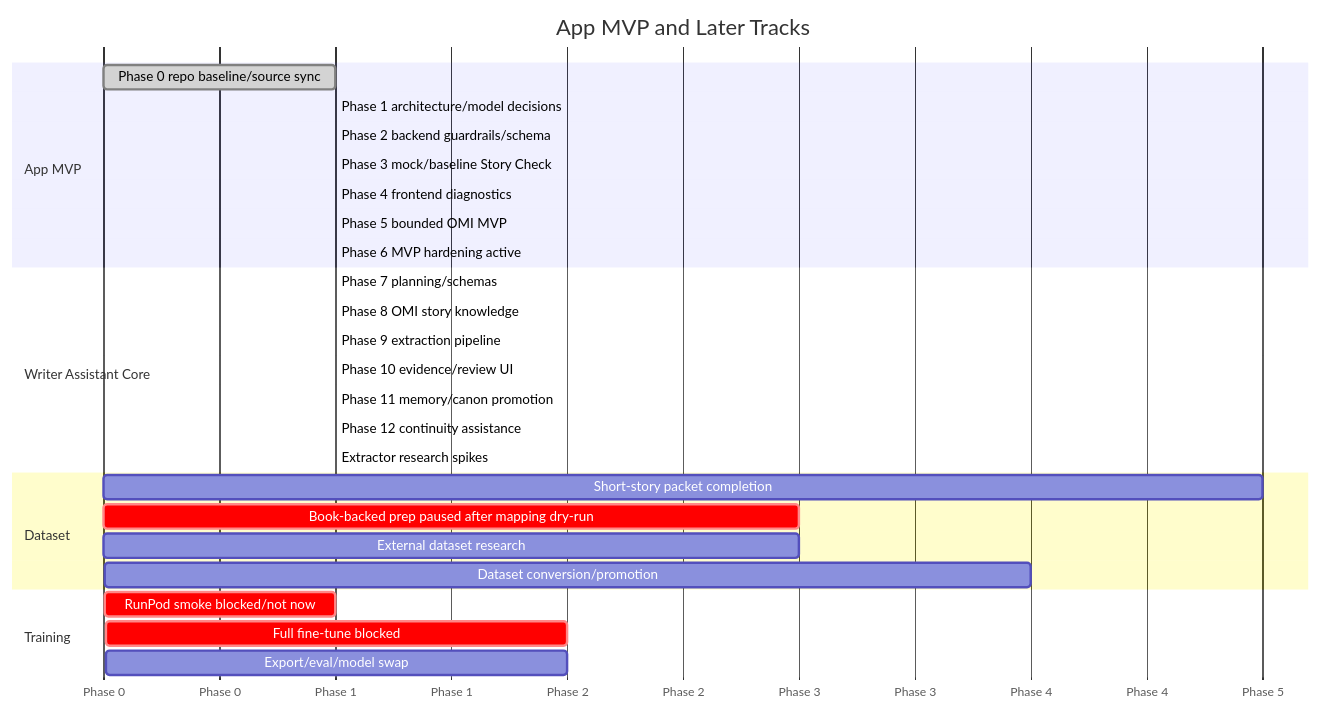
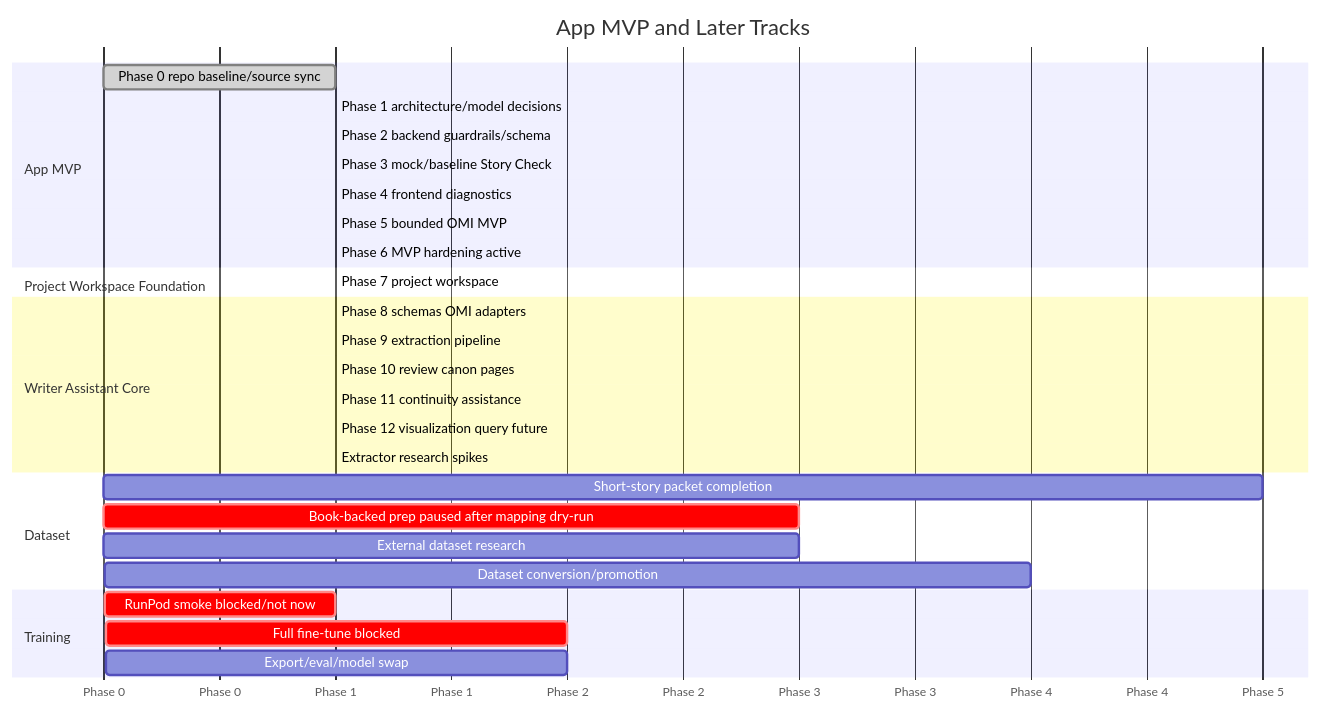
Before and after one commit to telesjr90/writingassistant: the diagram in docs/roadmap/phase_map.md, drawn with Mermaid. The commit also changed other lines of this file and 16 other files, not shown here.

Commit message:
docs: prioritize pre-dramatica project workspace foundation

````diff
--- a/docs/roadmap/phase_map.md
+++ b/docs/roadmap/phase_map.md
@@ -199,31 +227,32 @@
 ```mermaid
 gantt
     title App MVP and Later Tracks
     dateFormat  X
     axisFormat  Phase %s
     section App MVP
     Phase 0 repo baseline/source sync :done, p0, 0, 1
     Phase 1 architecture/model decisions :p1, after p0, 1
     Phase 2 backend guardrails/schema :p2, after p1, 1
     Phase 3 mock/baseline Story Check :p3, after p2, 1
     Phase 4 frontend diagnostics :p4, after p3, 1
     Phase 5 bounded OMI MVP :p5, after p4, 1
     Phase 6 MVP hardening active :active, p6, after p5, 1
+    section Project Workspace Foundation
+    Phase 7 project workspace :workspace7, after p6, 1
     section Writer Assistant Core
-    Phase 7 planning/schemas :core7, after p6, 1
-    Phase 8 OMI story knowledge :core8, after core7, 1
+    Phase 8 schemas OMI adapters :core8, after workspace7, 1
     Phase 9 extraction pipeline :core9, after core8, 1
-    Phase 10 evidence/review UI :core10, after core9, 1
-    Phase 11 memory/canon promotion :core11, after core10, 1
-    Phase 12 continuity assistance :core12, after core11, 1
-    Extractor research spikes :extractors, after core7, 1
+    Phase 10 review canon pages :core10, after core9, 1
+    Phase 11 continuity assistance :core11, after core10, 1
+    Phase 12 visualization query future :core12, after core11, 1
+    Extractor research spikes :extractors, after core8, 1
     section Dataset
     Short-story packet completion :packets, 1, 5
     Book-backed prep paused after mapping dry-run :crit, books, 2, 3
     External dataset research :external, 2, 3
     Dataset conversion/promotion :promotion, 4, 4
     section Training
     RunPod smoke blocked/not now :crit, smoke, 7, 1
     Full fine-tune blocked :crit, train, 8, 2
     Export/eval/model swap :deploy, 10, 2
 ```
````
